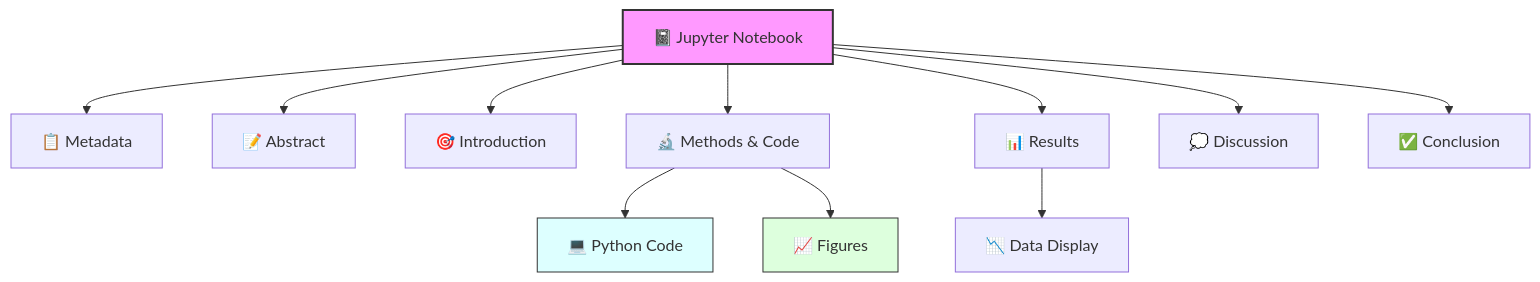
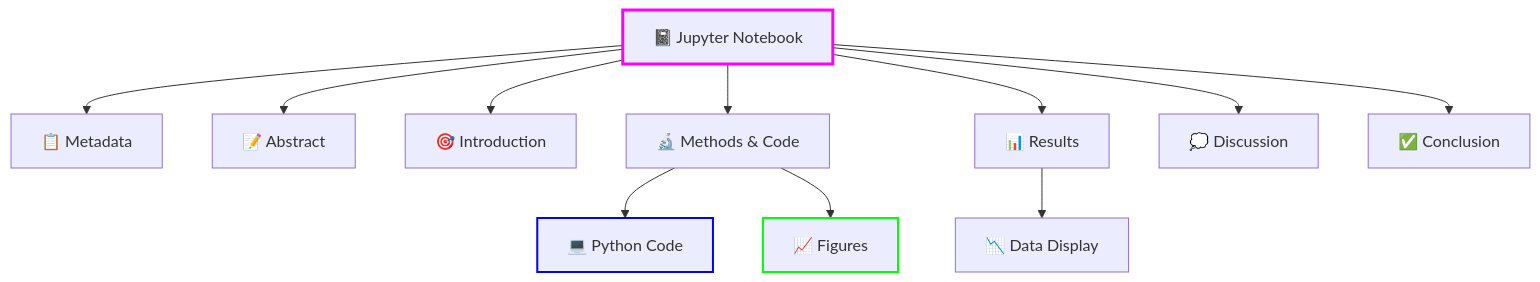
One commit to Ziforge/jupyter-overleaf-workflow changed the second of 2 diagrams in README.md. Above: the diagram before and after it, drawn with Mermaid. The commit also changed other lines of this file and 1 other file, not shown here.

Commit message:
Update Mermaid diagrams to use colored borders only
- Removed all fill colors from diagram nodes
- Using only colored borders (stroke) for styling
- Cleaner, more professional appearance
- Applied to all diagrams in README.md and docs/DIAGRAMS.md

````diff
--- a/README.md
+++ b/README.md
@@ -152,18 +152,18 @@
 ```mermaid
 graph TD
     Notebook[📓 Jupyter Notebook] --> Meta[📋 Metadata]
     Notebook --> Abstract[📝 Abstract]
     Notebook --> Intro[🎯 Introduction]
     Notebook --> Methods[🔬 Methods & Code]
     Notebook --> Results[📊 Results]
     Notebook --> Discuss[💭 Discussion]
     Notebook --> Conclude[✅ Conclusion]
 
     Methods --> Code[💻 Python Code]
     Methods --> Figures[📈 Figures]
     Results --> Data[📉 Data Display]
 
-    style Notebook fill:#f9f,stroke:#333,stroke-width:2px
-    style Code fill:#dff,stroke:#333
-    style Figures fill:#dfd,stroke:#333
+    style Notebook stroke:#f0f,stroke-width:3px
+    style Code stroke:#00f,stroke-width:2px
+    style Figures stroke:#0f0,stroke-width:2px
 ```
````
